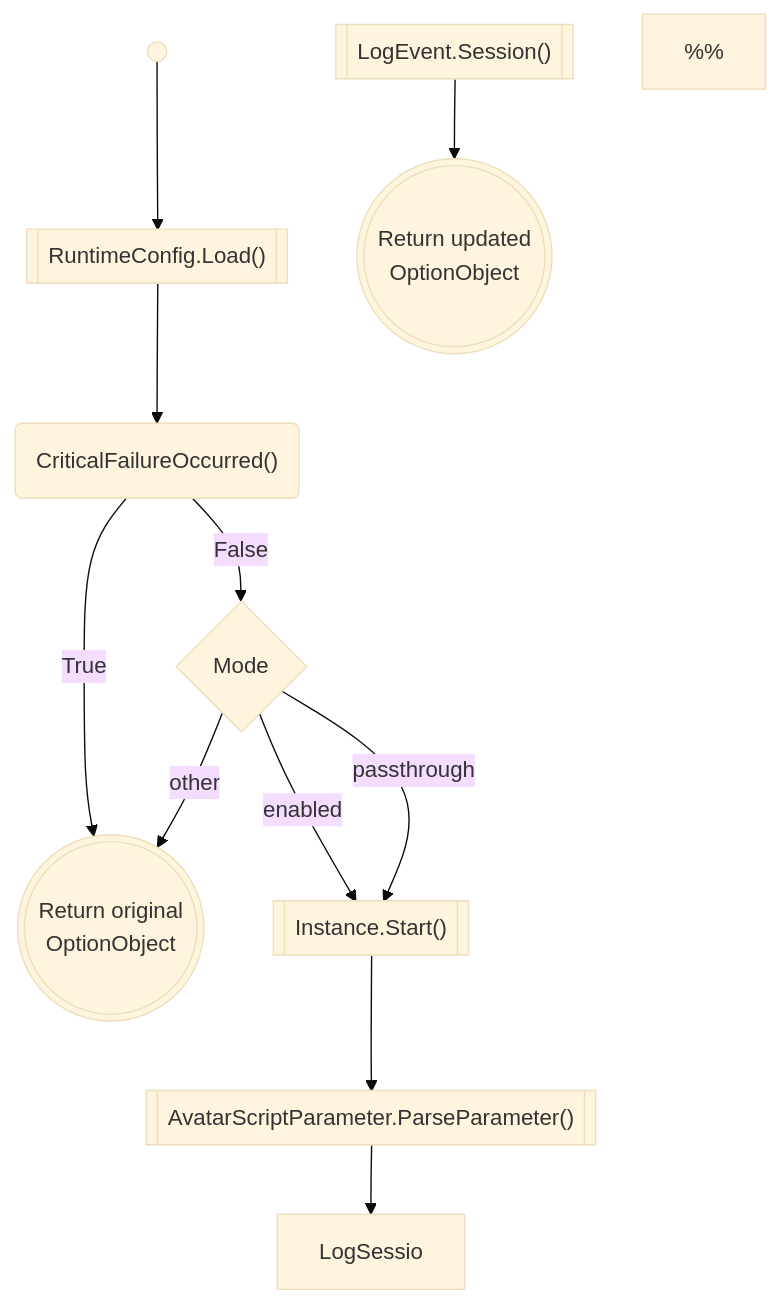
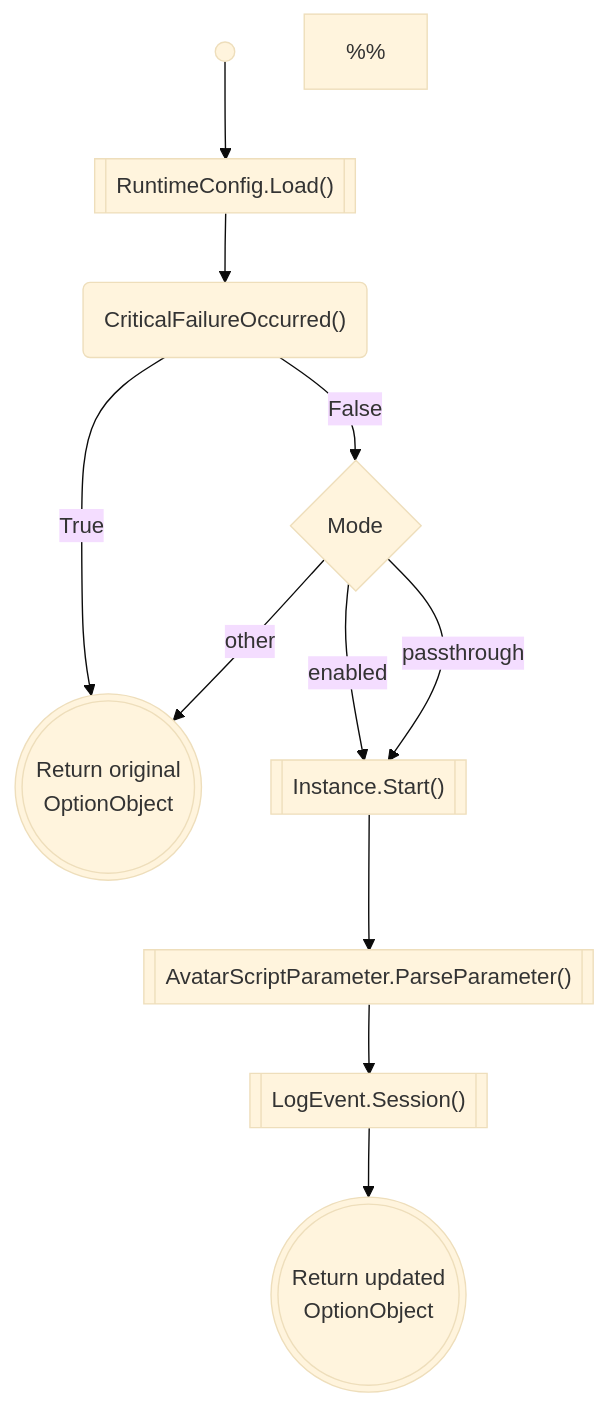
Before and after one commit to spectrum-health-systems/tingen-documentation: the first of 3 diagrams in static/diagrams/TingenWebService.md, drawn with Mermaid (base theme). The commit also changed other lines of this file, not shown here.

````diff
--- a/static/diagrams/TingenWebService.md
+++ b/static/diagrams/TingenWebService.md
@@ -24,25 +26,25 @@
 ```mermaid
 flowchart TD
     %% Components
     Start@{shape: sm-circ, label: ""}
     RuntimeConfig_Load@{shape: fr-rect, label: "RuntimeConfig.Load()"}
     CriticalFailureOccurred@{shape: rounded, label: "CriticalFailureOccurred()"}
     ReturnOriginalOptionObject@{shape: dbl-circ, label: "Return original\nOptionObject"}
     Mode@{shape: diam, label: "Mode"}
     Instance.Start@{shape: fr-rect, label: "Instance.Start()"}
     ParseParameter@{shape: fr-rect, label: "AvatarScriptParameter.ParseParameter()"}
     LogSession@{shape: fr-rect, label: "LogEvent.Session()"}
     ReturnUpdatedOptionObject@{shape: dbl-circ, label: "Return updated\nOptionObject"}
     %% Layout
     Start --> RuntimeConfig_Load --> CriticalFailureOccurred
     CriticalFailureOccurred -- True --> ReturnOriginalOptionObject
     CriticalFailureOccurred -- False --> Mode
     Mode -- enabled --> Instance.Start
     Mode -- passthrough --> Instance.Start
     Mode -- other --> ReturnOriginalOptionObject
     Instance.Start --> ParseParameter
-    ParseParameter --> LogSessio
+    ParseParameter --> LogSession
     LogSession --> ReturnUpdatedOptionObject
     %%
     click RuntimeConfig_Load "https://github.com/spectrum-health-systems/tingen-documentation-project/blob/main/static/diagrams/TingenWebService.Configuration.md#tingenwebserviceconfigurationruntimeconfigcs"
 ```
````
